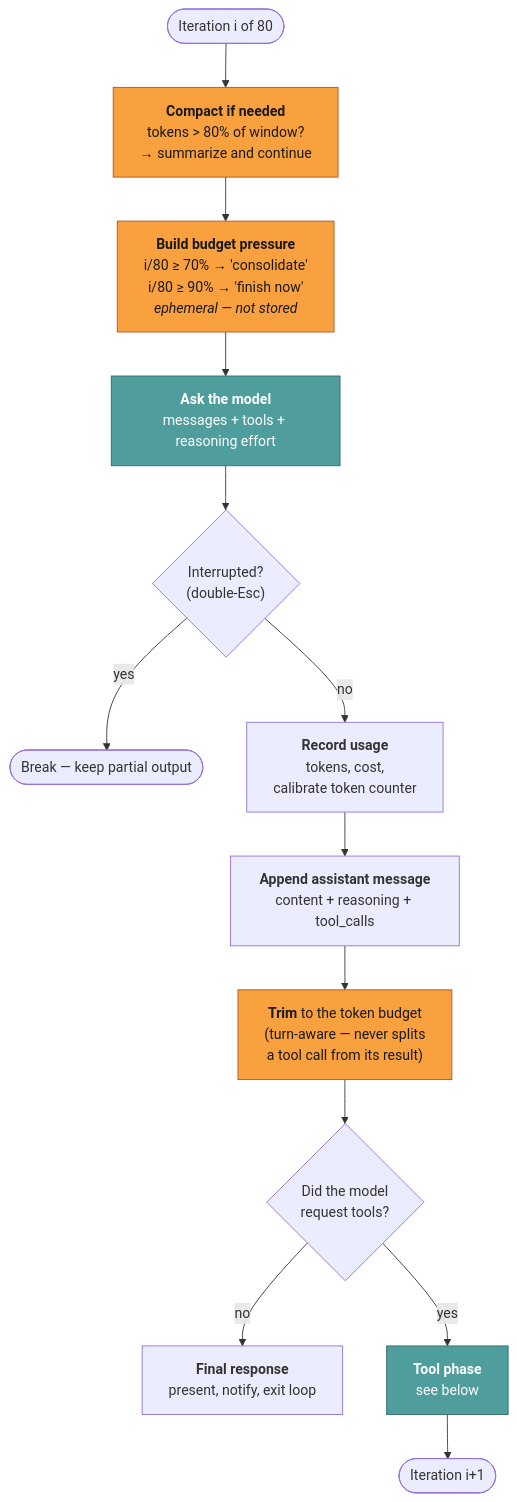
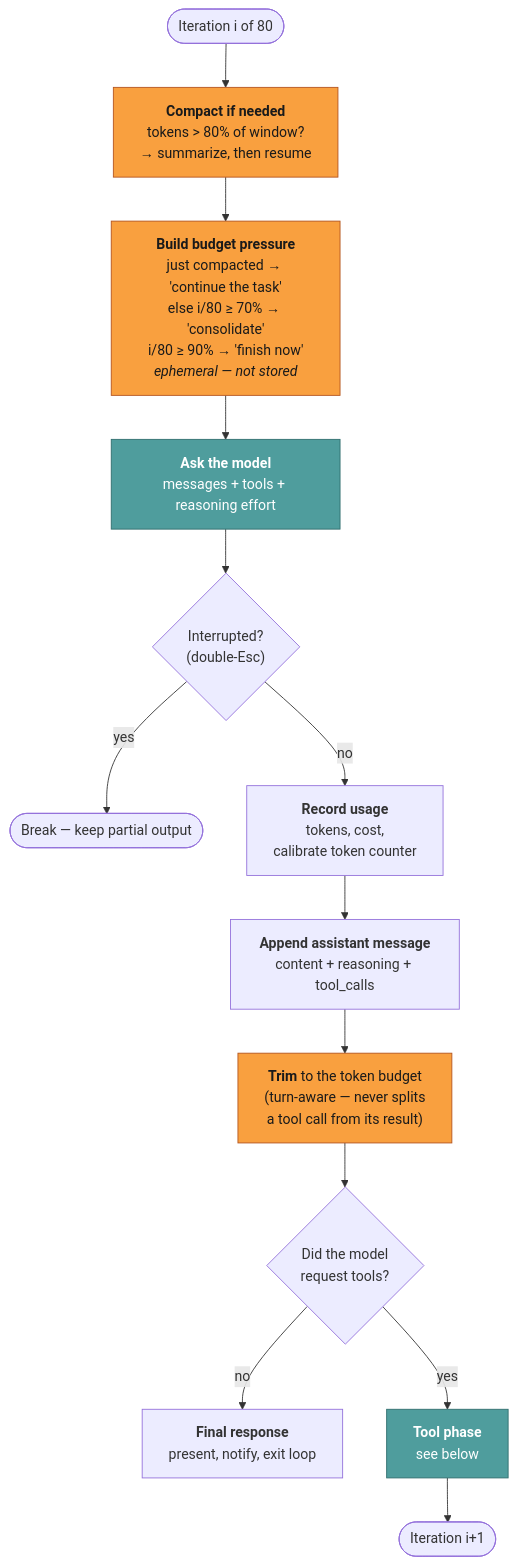
The first of 4 diagrams in docs/internals/agent-loop.md (lvndry/jazz), drawn with Mermaid before and after one commit. The commit also changed other lines of this file and 261 other files, not shown here.

````diff
--- a/docs/internals/agent-loop.md
+++ b/docs/internals/agent-loop.md
@@ -16,27 +16,27 @@
 ```mermaid
 flowchart TD
     START(["Iteration i of 80"]) --> COMPACT
 
-    COMPACT["<b>Compact if needed</b><br/>tokens &gt; 80% of window?<br/>→ summarize and continue"]
-    COMPACT --> PRESSURE["<b>Build budget pressure</b><br/>i/80 ≥ 70% → 'consolidate'<br/>i/80 ≥ 90% → 'finish now'<br/><i>ephemeral — not stored</i>"]
+    COMPACT["<b>Compact if needed</b><br/>tokens &gt; 80% of window?<br/>→ summarize, then resume"]
+    COMPACT --> PRESSURE["<b>Build budget pressure</b><br/>just compacted → 'continue the task'<br/>else i/80 ≥ 70% → 'consolidate'<br/>i/80 ≥ 90% → 'finish now'<br/><i>ephemeral — not stored</i>"]
     PRESSURE --> ASK["<b>Ask the model</b><br/>messages + tools + reasoning effort"]
 
     ASK --> INT{"Interrupted?<br/>(double-Esc)"}
     INT -->|yes| STOP(["Break — keep partial output"])
     INT -->|no| RECORD["<b>Record usage</b><br/>tokens, cost,<br/>calibrate token counter"]
 
     RECORD --> APPEND["<b>Append assistant message</b><br/>content + reasoning + tool_calls"]
     APPEND --> TRIM["<b>Trim</b> to the token budget<br/>(turn-aware — never splits<br/>a tool call from its result)"]
 
     TRIM --> BRANCH{"Did the model<br/>request tools?"}
     BRANCH -->|"no"| FINAL["<b>Final response</b><br/>present, notify, exit loop"]
     BRANCH -->|"yes"| TOOLPHASE
 
     TOOLPHASE["<b>Tool phase</b><br/>see below"]
     TOOLPHASE --> NEXT(["Iteration i+1"])
 
     classDef guard fill:#f9a03f,stroke:#b3541e,color:#1a1a1a
     classDef work fill:#4f9d9d,stroke:#2f6d6d,color:#ffffff
     class COMPACT,PRESSURE,TRIM guard
     class ASK,TOOLPHASE work
 ```
````
